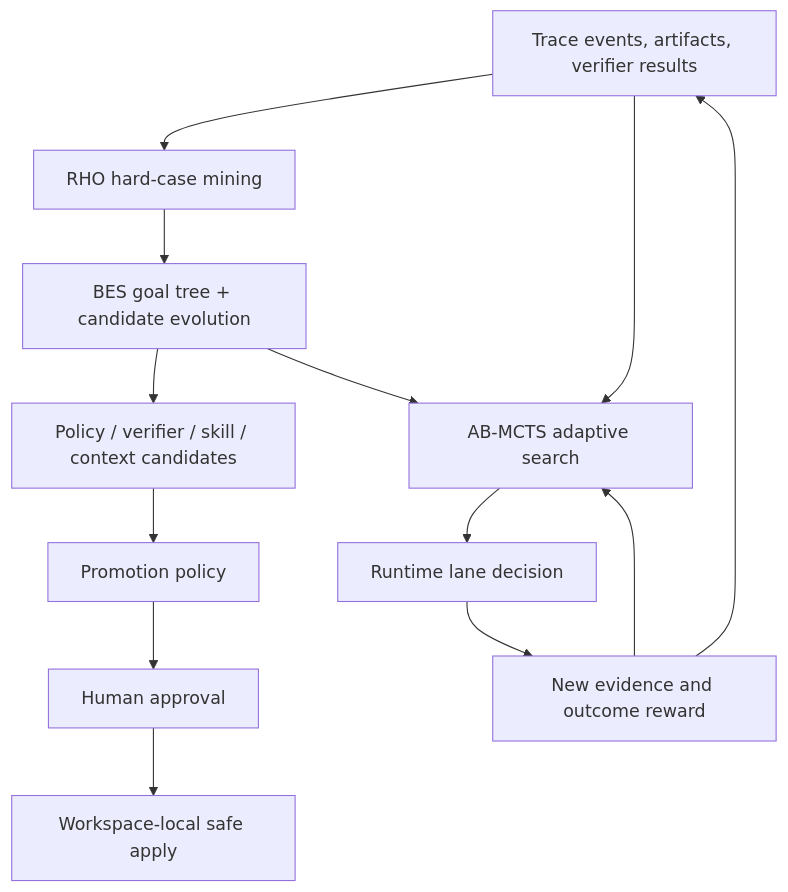
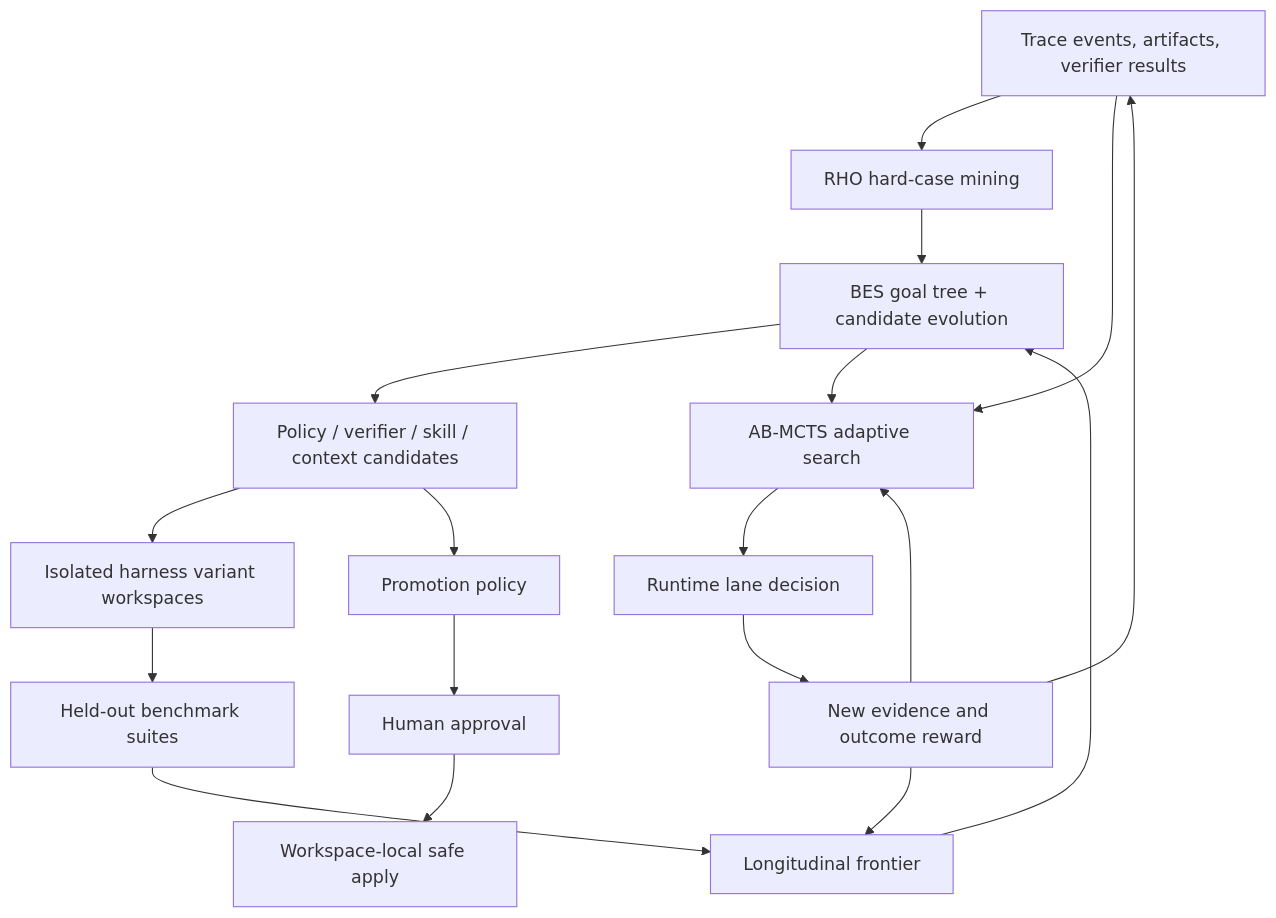
One commit to PhantomG27249/helios-forge changed the third of 9 diagrams in docs/architecture/feature-architecture-map.md. Above: the diagram before and after it, drawn with Mermaid. The commit also changed other lines of this file and 3 other files, not shown here.

Commit message:
docs: update paper alignment architecture map

````diff
--- a/docs/architecture/feature-architecture-map.md
+++ b/docs/architecture/feature-architecture-map.md
@@ -165,15 +174,20 @@
 ```mermaid
 flowchart TD
   Trace["Trace events, artifacts, verifier results"] --> RHO["RHO hard-case mining"]
   RHO --> BES["BES goal tree + candidate evolution"]
   BES --> Candidates["Policy / verifier / skill / context candidates"]
+  Candidates --> Variants["Isolated harness variant workspaces"]
+  Variants --> Benchmarks["Held-out benchmark suites"]
+  Benchmarks --> Frontier["Longitudinal frontier"]
   Trace --> Adaptive["AB-MCTS adaptive search"]
   BES --> Adaptive
   Adaptive --> Runtime["Runtime lane decision"]
   Runtime --> Evidence["New evidence and outcome reward"]
   Evidence --> Adaptive
   Evidence --> Trace
+  Evidence --> Frontier
+  Frontier --> BES
   Candidates --> Promotion["Promotion policy"]
   Promotion --> Approval["Human approval"]
   Approval --> Apply["Workspace-local safe apply"]
 ```
````
